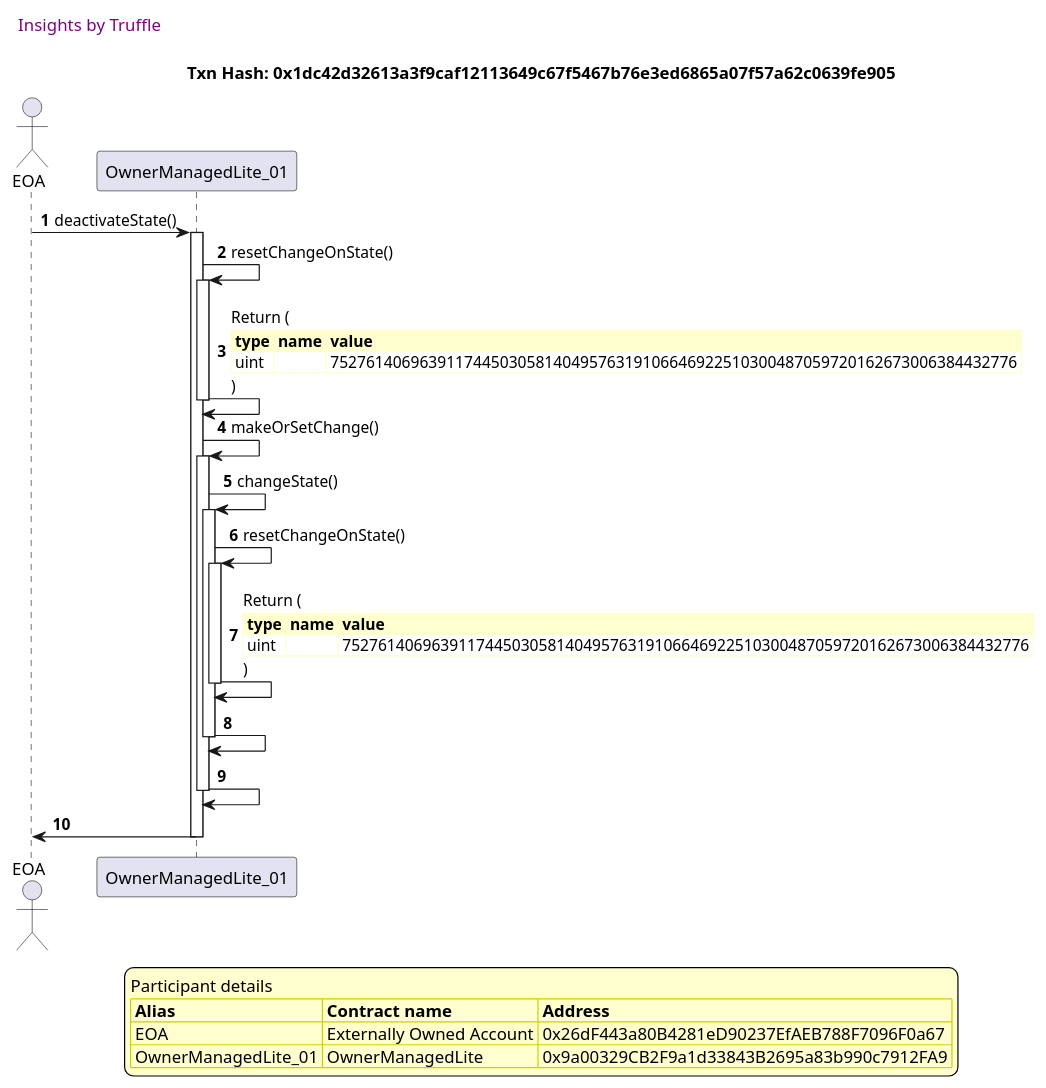
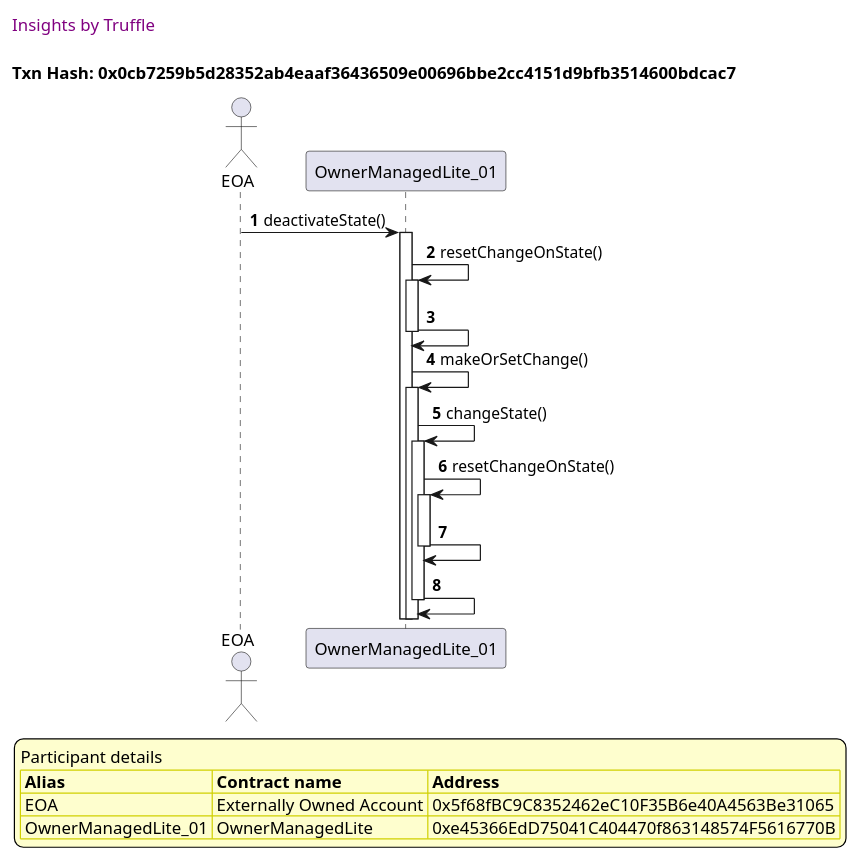
Before and after one commit to thedarkjester/ConsensysAssignment: diagram 15 of 16 in truffle-seq/OwnerManagedLite_test_activate_deactivate_dapp.md, drawn with PlantUML. The commit also changed other lines of this file and 13 other files, not shown here.

````diff
--- a/truffle-seq/OwnerManagedLite_test_activate_deactivate_dapp.md
+++ b/truffle-seq/OwnerManagedLite_test_activate_deactivate_dapp.md
@@ -678,51 +670,43 @@
 ```plantuml
 
 
 @startuml
 
 autonumber
 skinparam legendBackgroundColor #FEFECE
 
 <style>
       header {
         HorizontalAlignment left
         FontColor purple
         FontSize 14
         Padding 10
       }
     </style>
 
 header Insights by Truffle
 
-title Txn Hash: 0x1dc42d32613a3f9caf12113649c67f5467b76e3ed6865a07f57a62c0639fe905
+title Txn Hash: 0x0cb7259b5d28352ab4eaaf36436509e00696bbe2cc4151d9bfb3514600bdcac7
 
 
 actor EOA as "EOA"
 participant OwnerManagedLite_01 as "OwnerManagedLite_01"
 
 "EOA" -> "OwnerManagedLite_01" ++: deactivateState()
 "OwnerManagedLite_01" -> "OwnerManagedLite_01" ++: resetChangeOnState()
-"OwnerManagedLite_01" -> "OwnerManagedLite_01" --: Return (\n\
-<#FEFECE,#FEFECE>|= type |= name |= value |\n\
-| uint |  | 75276140696391174450305814049576319106646922510300487059720162673006384432776 |\n\
-)
+"OwnerManagedLite_01" -> "OwnerManagedLite_01" --: 
 "OwnerManagedLite_01" -> "OwnerManagedLite_01" ++: makeOrSetChange()
 "OwnerManagedLite_01" -> "OwnerManagedLite_01" ++: changeState()
 "OwnerManagedLite_01" -> "OwnerManagedLite_01" ++: resetChangeOnState()
-"OwnerManagedLite_01" -> "OwnerManagedLite_01" --: Return (\n\
-<#FEFECE,#FEFECE>|= type |= name |= value |\n\
-| uint |  | 75276140696391174450305814049576319106646922510300487059720162673006384432776 |\n\
-)
 "OwnerManagedLite_01" -> "OwnerManagedLite_01" --: 
 "OwnerManagedLite_01" -> "OwnerManagedLite_01" --: 
-"OwnerManagedLite_01" -> "EOA" --: 
 
 legend
 Participant details
 <#FEFECE,#D0D000>|= Alias |= Contract name |= Address |
-<#FEFECE>| EOA | Externally Owned Account | 0x26dF443a80B4281eD90237EfAEB788F7096F0a67 |
-<#FEFECE>| OwnerManagedLite_01 | OwnerManagedLite | 0x9a00329CB2F9a1d33843B2695a83b990c7912FA9 |
+<#FEFECE>| EOA | Externally Owned Account | 0x5f68fBC9C8352462eC10F35B6e40A4563Be31065 |
+<#FEFECE>| OwnerManagedLite_01 | OwnerManagedLite | 0xe45366EdD75041C404470f863148574F5616770B |
 endlegend
 
 @enduml
 ```
````
